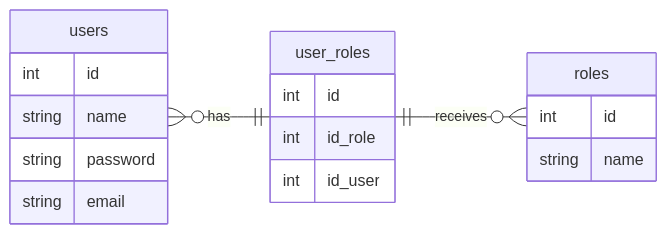
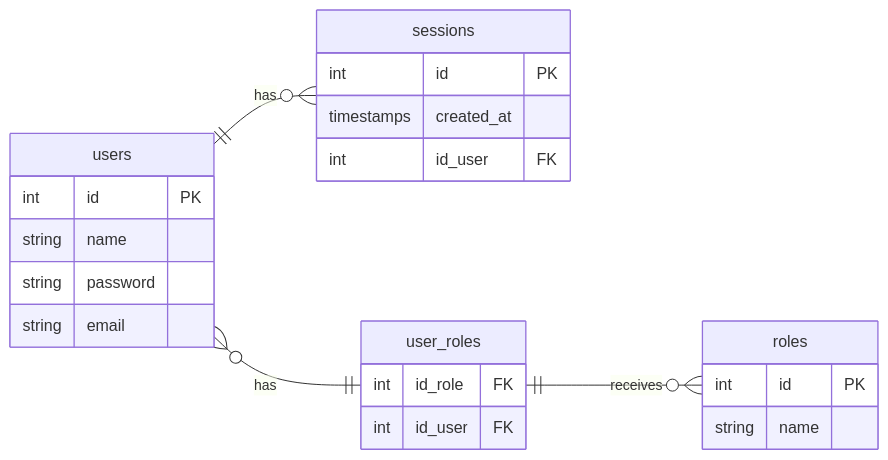
The diagram in readme.md (yusufbahtiarr/fgo24-db-auth-flow), drawn with Mermaid before and after one commit. The commit also changed 1 other file, not shown here.

Commit message:
docs: update erd with add sessions table

````diff
--- a/readme.md
+++ b/readme.md
@@ -3,21 +3,26 @@
 ```mermaid
 erDiagram
   direction LR
+  users ||--o{ sessions : has
   users }o--|| user_roles : has
   user_roles ||--o{ roles   : receives
   users{
-    int id
+    int id PK
     string name
     string password
     string email
   }
   user_roles{
-    int id
-    int id_role
-    int id_user
+    int id_role FK
+    int id_user FK
   }
   roles {
-    int id
+    int id PK
     string name
   }
+  sessions {
+    int id PK
+    timestamps created_at
+    int id_user FK
+  }
 ```
````
